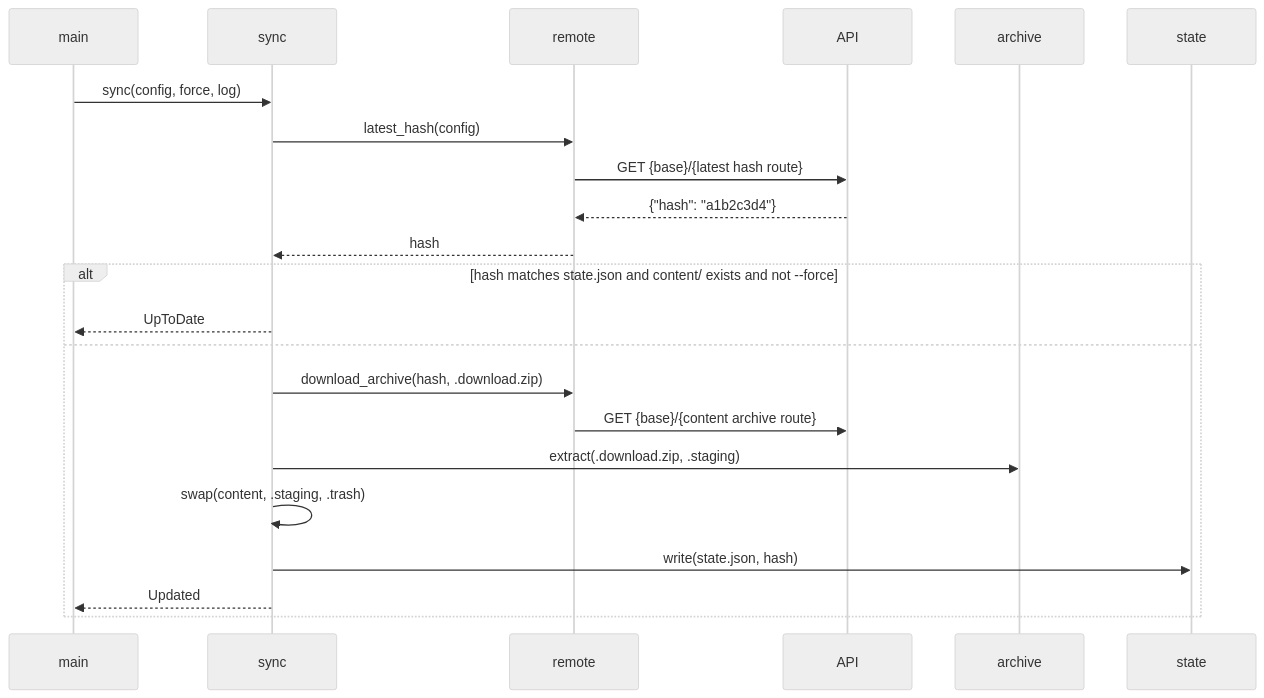
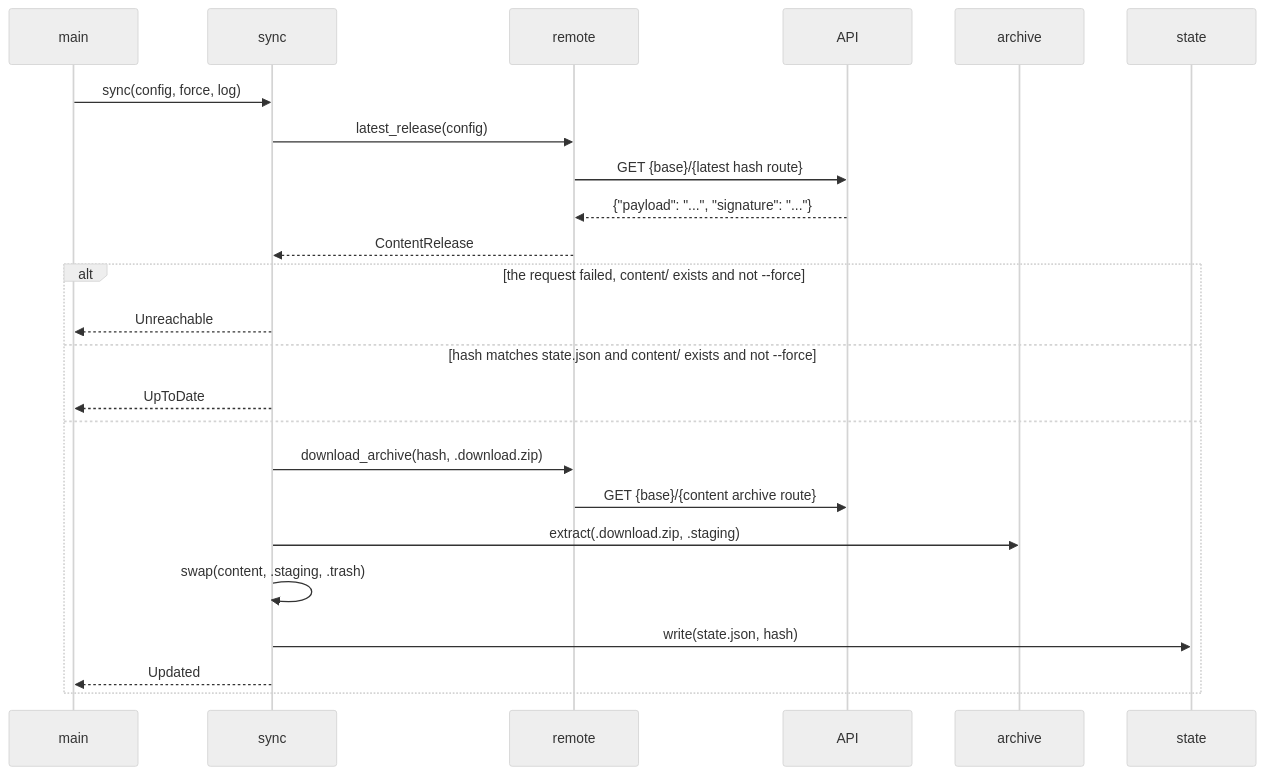
One commit to damac-italia/brainmaker changed the third of 4 diagrams in docs/FLOW.md. Above: the diagram before and after it, drawn with Mermaid (neutral theme). The commit also changed other lines of this file and 4 other files, not shown here.

````diff
--- a/docs/FLOW.md
+++ b/docs/FLOW.md
@@ -109,24 +114,26 @@
 ```mermaid
 sequenceDiagram
     participant main
     participant sync
     participant remote
     participant API
     participant archive
     participant state
     main->>sync: sync(config, force, log)
-    sync->>remote: latest_hash(config)
+    sync->>remote: latest_release(config)
     remote->>API: GET {base}/{latest hash route}
-    API-->>remote: {"hash": "a1b2c3d4"}
-    remote-->>sync: hash
-    alt hash matches state.json and content/ exists and not --force
+    API-->>remote: {"payload": "...", "signature": "..."}
+    remote-->>sync: ContentRelease
+    alt the request failed, content/ exists and not --force
+        sync-->>main: Unreachable
+    else hash matches state.json and content/ exists and not --force
         sync-->>main: UpToDate
     else
         sync->>remote: download_archive(hash, .download.zip)
         remote->>API: GET {base}/{content archive route}
         sync->>archive: extract(.download.zip, .staging)
         sync->>sync: swap(content, .staging, .trash)
         sync->>state: write(state.json, hash)
         sync-->>main: Updated
     end
 ```
````
